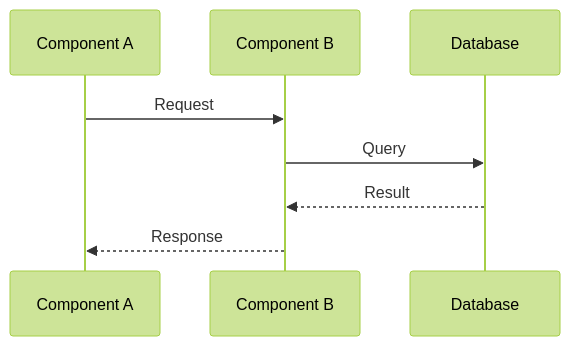
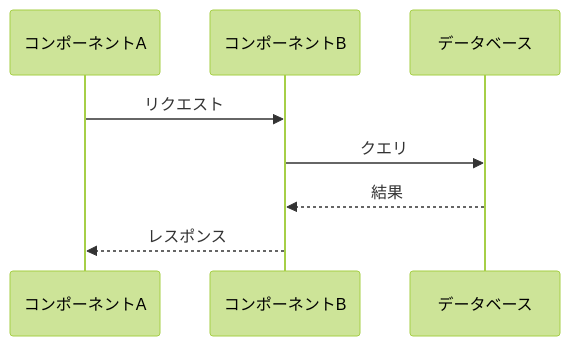
One commit to DIO0550/d-market changed the fourth of 6 diagrams in plugins/spec-plugin/skills/system-design/assets/templates/system-design.md. Above: the diagram before and after it, drawn with Mermaid (forest theme). The commit also changed other lines of this file and 16 other files, not shown here.

````diff
--- a/plugins/spec-plugin/skills/system-design/assets/templates/system-design.md
+++ b/plugins/spec-plugin/skills/system-design/assets/templates/system-design.md
@@ -124,11 +124,11 @@
 ```mermaid
 sequenceDiagram
-    participant A as Component A
-    participant B as Component B
-    participant DB as Database
+    participant A as コンポーネントA
+    participant B as コンポーネントB
+    participant DB as データベース
 
-    A->>B: Request
-    B->>DB: Query
-    DB-->>B: Result
-    B-->>A: Response
+    A->>B: リクエスト
+    B->>DB: クエリ
+    DB-->>B: 結果
+    B-->>A: レスポンス
 ```
````
